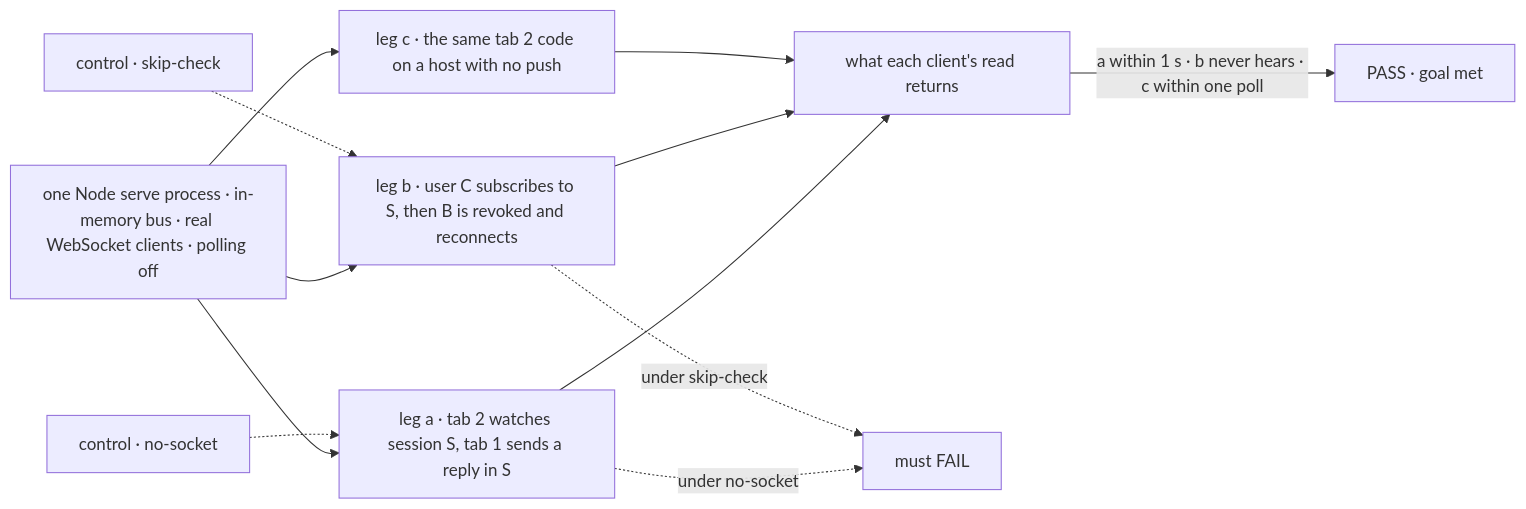
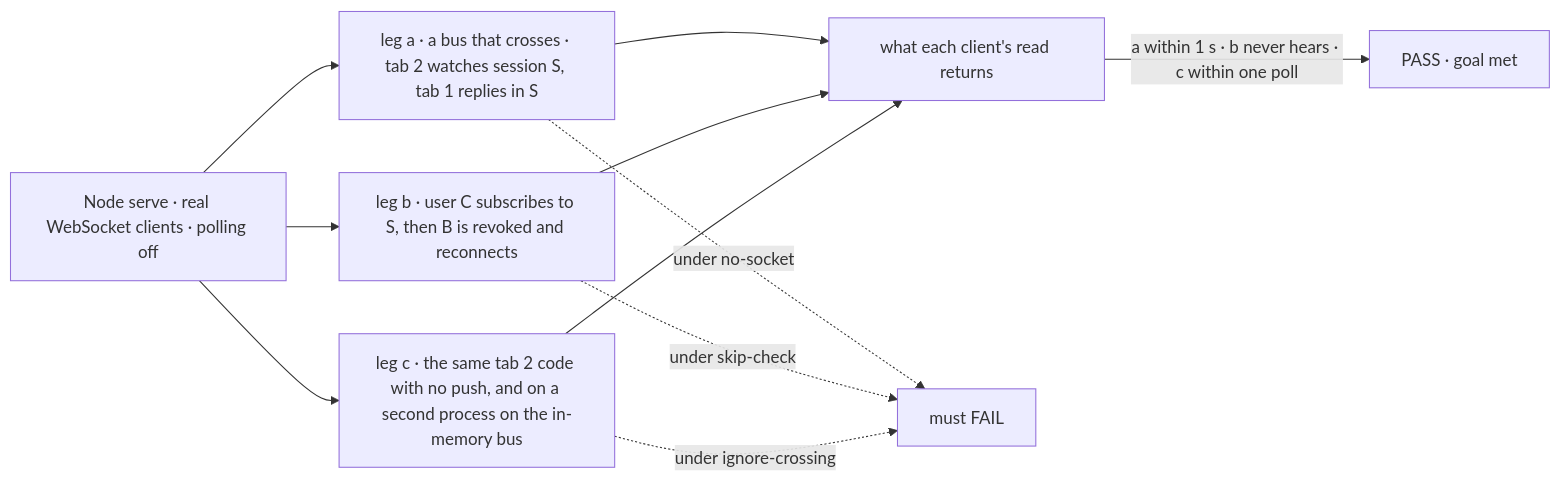
The first of 2 diagrams in specs/issues/FIX-2428/SPEC.md (fixpoint-labs/flow-state-dev), drawn with Mermaid before and after one commit. The commit also changed other lines of this file and 13 other files, not shown here.

````diff
--- a/specs/issues/FIX-2428/SPEC.md
+++ b/specs/issues/FIX-2428/SPEC.md
@@ -35,14 +36,13 @@
 ```mermaid
 flowchart LR
-  A["one Node serve process · in-memory bus · real WebSocket clients · polling off"] --> L1["leg a · tab 2 watches session S, tab 1 sends a reply in S"]
+  A["Node serve · real WebSocket clients · polling off"] --> L1["leg a · a bus that crosses · tab 2 watches session S, tab 1 replies in S"]
   A --> L2["leg b · user C subscribes to S, then B is revoked and reconnects"]
-  A --> L3["leg c · the same tab 2 code on a host with no push"]
+  A --> L3["leg c · the same tab 2 code with no push, and on a second process on the in-memory bus"]
   L1 --> T["what each client's read returns"]
   L2 --> T
   L3 --> T
   T -->|"a within 1 s · b never hears · c within one poll"| P["PASS · goal met"]
-  C1["control · no-socket"] -.-> L1
-  C2["control · skip-check"] -.-> L2
   L1 -.->|"under no-socket"| F["must FAIL"]
   L2 -.->|"under skip-check"| F
+  L3 -.->|"under ignore-crossing"| F
 ```
````
